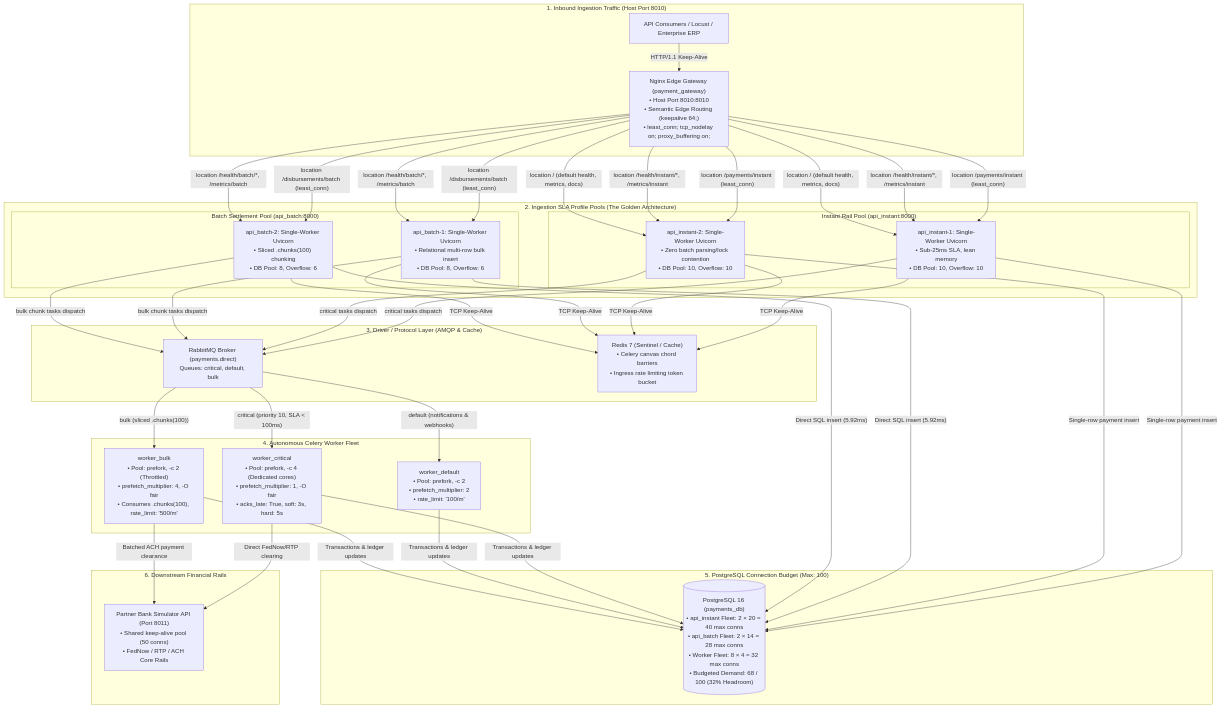
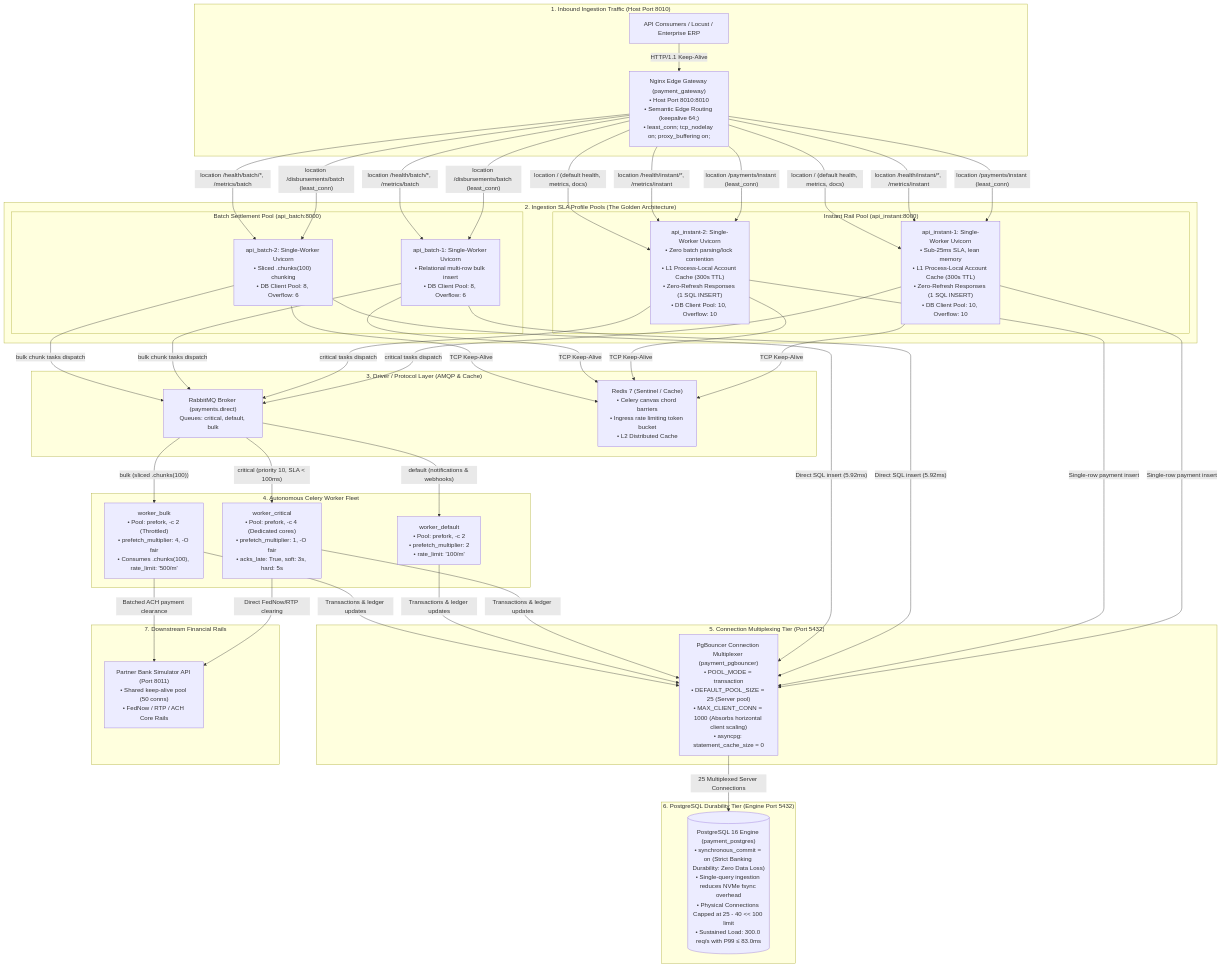
One commit to Santiagus/Python changed the first of 2 diagrams in Celery/2_Advanced_Celery_Topics/03_routing_and_capacity/docs/PRODUCTION_ARCHITECTURE_AND_OPTIMIZATION_REPORT.md. Above: the diagram before and after it, drawn with Mermaid. The commit also changed other lines of this file and 6 other files, not shown here.

First line of the commit message:
docs(03_routing_and_capacity): update documentation for connection multiplexing, durability & verify Mermaid diagrams

````diff
--- a/Celery/2_Advanced_Celery_Topics/03_routing_and_capacity/docs/PRODUCTION_ARCHITECTURE_AND_OPTIMIZATION_REPORT.md
+++ b/Celery/2_Advanced_Celery_Topics/03_routing_and_capacity/docs/PRODUCTION_ARCHITECTURE_AND_OPTIMIZATION_REPORT.md
@@ -25,60 +25,67 @@
 ```mermaid
 flowchart TD
     subgraph ClientLayer ["1. Inbound Ingestion Traffic (Host Port 8010)"]
         Client["API Consumers / Locust / Enterprise ERP"] -->|"HTTP/1.1 Keep-Alive"| Nginx["Nginx Edge Gateway (payment_gateway)<br/>• Host Port 8010:8010<br/>• Semantic Edge Routing (keepalive 64;)<br/>• least_conn; tcp_nodelay on; proxy_buffering on;"]
     end
 
     subgraph ContainerFleet ["2. Ingestion SLA Profile Pools (The Golden Architecture)"]
         subgraph InstantPool ["Instant Rail Pool (api_instant:8000)"]
-            API_I1["api_instant-1: Single-Worker Uvicorn<br/>• Sub-25ms SLA, lean memory<br/>• DB Pool: 10, Overflow: 10"]
-            API_I2["api_instant-2: Single-Worker Uvicorn<br/>• Zero batch parsing/lock contention<br/>• DB Pool: 10, Overflow: 10"]
+            API_I1["api_instant-1: Single-Worker Uvicorn<br/>• Sub-25ms SLA, lean memory<br/>• L1 Process-Local Account Cache (300s TTL)<br/>• Zero-Refresh Responses (1 SQL INSERT)<br/>• DB Client Pool: 10, Overflow: 10"]
+            API_I2["api_instant-2: Single-Worker Uvicorn<br/>• Zero batch parsing/lock contention<br/>• L1 Process-Local Account Cache (300s TTL)<br/>• Zero-Refresh Responses (1 SQL INSERT)<br/>• DB Client Pool: 10, Overflow: 10"]
         end
         subgraph BatchPool ["Batch Settlement Pool (api_batch:8000)"]
-            API_B1["api_batch-1: Single-Worker Uvicorn<br/>• Relational multi-row bulk insert<br/>• DB Pool: 8, Overflow: 6"]
-            API_B2["api_batch-2: Single-Worker Uvicorn<br/>• Sliced .chunks(100) chunking<br/>• DB Pool: 8, Overflow: 6"]
+            API_B1["api_batch-1: Single-Worker Uvicorn<br/>• Relational multi-row bulk insert<br/>• DB Client Pool: 8, Overflow: 6"]
+            API_B2["api_batch-2: Single-Worker Uvicorn<br/>• Sliced .chunks(100) chunking<br/>• DB Client Pool: 8, Overflow: 6"]
         end
     end
 
     subgraph MessagingLayer ["3. Driver / Protocol Layer (AMQP & Cache)"]
         RMQ["RabbitMQ Broker (payments.direct)<br/>Queues: critical, default, bulk"]
-        Redis["Redis 7 (Sentinel / Cache)<br/>• Celery canvas chord barriers<br/>• Ingress rate limiting token bucket"]
+        Redis["Redis 7 (Sentinel / Cache)<br/>• Celery canvas chord barriers<br/>• Ingress rate limiting token bucket<br/>• L2 Distributed Cache"]
     end
 
     subgraph ConsumerFleet ["4. Autonomous Celery Worker Fleet"]
         WCrit["worker_critical<br/>• Pool: prefork, -c 4 (Dedicated cores)<br/>• prefetch_multiplier: 1, -O fair<br/>• acks_late: True, soft: 3s, hard: 5s"]
         WDef["worker_default<br/>• Pool: prefork, -c 2<br/>• prefetch_multiplier: 2<br/>• rate_limit: '100/m'"]
         WBulk["worker_bulk<br/>• Pool: prefork, -c 2 (Throttled)<br/>• prefetch_multiplier: 4, -O fair<br/>• Consumes .chunks(100), rate_limit: '500/m'"]
     end
 
-    subgraph DatabaseLayer ["5. PostgreSQL Connection Budget (Max: 100)"]
-        PG[("PostgreSQL 16 (payments_db)<br/>• api_instant Fleet: 2 × 20 = 40 max conns<br/>• api_batch Fleet: 2 × 14 = 28 max conns<br/>• Worker Fleet: 8 × 4 = 32 max conns<br/>• Budgeted Demand: 68 / 100 (32% Headroom)")]
+    subgraph MultiplexingLayer ["5. Connection Multiplexing Tier (Port 5432)"]
+        PgBouncer["PgBouncer Connection Multiplexer (payment_pgbouncer)<br/>• POOL_MODE = transaction<br/>• DEFAULT_POOL_SIZE = 25 (Server pool)<br/>• MAX_CLIENT_CONN = 1000 (Absorbs horizontal client scaling)<br/>• asyncpg: statement_cache_size = 0"]
     end
 
-    subgraph ExternalBank ["6. Downstream Financial Rails"]
+    subgraph DatabaseLayer ["6. PostgreSQL Durability Tier (Engine Port 5432)"]
+        PG[("PostgreSQL 16 Engine (payment_postgres)<br/>• synchronous_commit = on (Strict Banking Durability: Zero Data Loss)<br/>• Single-query ingestion reduces NVMe fsync overhead<br/>• Physical Connections Capped at 25 - 40 &lt;&lt; 100 limit<br/>• Sustained Load: 300.0 req/s with P99 &le; 83.0ms")]
+    end
+
+    subgraph ExternalBank ["7. Downstream Financial Rails"]
         BankSim["Partner Bank Simulator API (Port 8011)<br/>• Shared keep-alive pool (50 conns)<br/>• FedNow / RTP / ACH Core Rails"]
     end
 
     %% Edge Semantic Routing & Per-Service Observability
     Nginx -->|"location /payments/instant (least_conn)"| API_I1 & API_I2
     Nginx -->|"location /disbursements/batch (least_conn)"| API_B1 & API_B2
     Nginx -->|"location /health/instant/*, /metrics/instant"| API_I1 & API_I2
     Nginx -->|"location /health/batch/*, /metrics/batch"| API_B1 & API_B2
     Nginx -->|"location / (default health, metrics, docs)"| API_I1 & API_I2
 
     %% Ingestion API Dispatches & Writes
     API_I1 & API_I2 -->|"critical tasks dispatch"| RMQ
     API_B1 & API_B2 -->|"bulk chunk tasks dispatch"| RMQ
     API_I1 & API_I2 & API_B1 & API_B2 -->|"TCP Keep-Alive"| Redis
-    API_I1 & API_I2 -->|"Single-row payment insert"| PG
-    API_B1 & API_B2 -->|"Direct SQL insert (5.92ms)"| PG
+    API_I1 & API_I2 -->|"Single-row payment insert"| PgBouncer
+    API_B1 & API_B2 -->|"Direct SQL insert (5.92ms)"| PgBouncer
+
+    %% Multiplexing to Database Engine
+    PgBouncer -->|"25 Multiplexed Server Connections"| PG
 
     %% Broker Dispatches to Workers
     RMQ -->|"critical (priority 10, SLA &lt; 100ms)"| WCrit
     RMQ -->|"default (notifications & webhooks)"| WDef
     RMQ -->|"bulk (sliced .chunks(100))"| WBulk
 
     %% Worker Execution: Database & External Bank
-    WCrit & WDef & WBulk -->|"Transactions & ledger updates"| PG
+    WCrit & WDef & WBulk -->|"Transactions & ledger updates"| PgBouncer
     WCrit -->|"Direct FedNow/RTP clearing"| BankSim
     WBulk -->|"Batched ACH payment clearance"| BankSim
 ```
````
